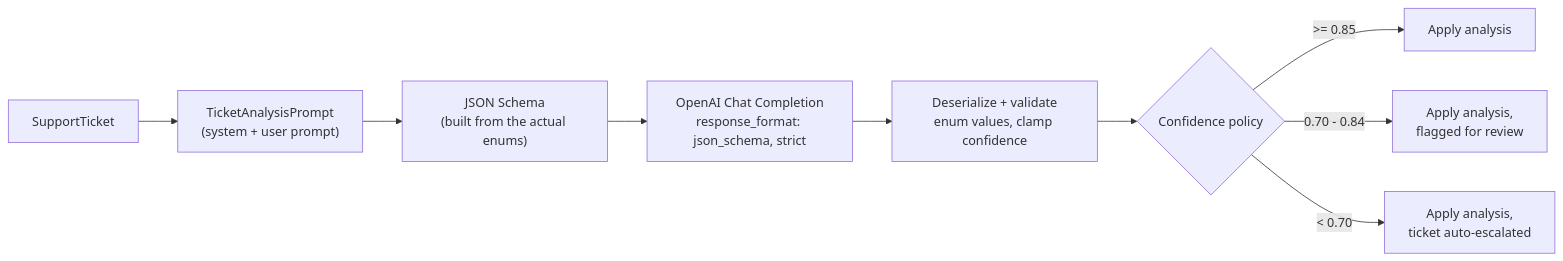
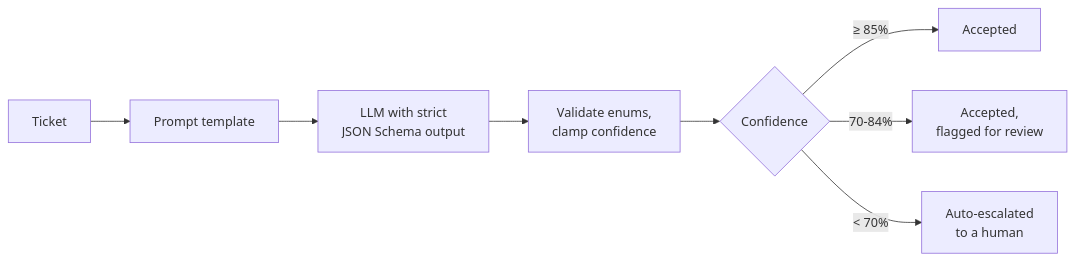
The third of 4 diagrams in README.md (sachinthacham/AI-Powered-Customer-Support), drawn with Mermaid before and after one commit. The commit also changed other lines of this file, not shown here.

````diff
--- a/README.md
+++ b/README.md
@@ -76,11 +135,10 @@
 ```mermaid
 flowchart LR
-    Ticket["SupportTicket"] --> Prompt["TicketAnalysisPrompt<br/>(system + user prompt)"]
-    Prompt --> Schema["JSON Schema<br/>(built from the actual enums)"]
-    Schema --> LLM["OpenAI Chat Completion<br/>response_format: json_schema, strict"]
-    LLM --> Parse["Deserialize + validate<br/>enum values, clamp confidence"]
-    Parse --> Policy{"Confidence policy"}
-    Policy -->|">= 0.85"| Accept["Apply analysis"]
-    Policy -->|"0.70 - 0.84"| Review["Apply analysis,<br/>flagged for review"]
-    Policy -->|"< 0.70"| Escalate["Apply analysis,<br/>ticket auto-escalated"]
+    Ticket["Ticket"] --> Prompt["Prompt template"]
+    Prompt --> LLM["LLM with strict<br/>JSON Schema output"]
+    LLM --> Validate["Validate enums,<br/>clamp confidence"]
+    Validate --> Policy{"Confidence"}
+    Policy -->|"≥ 85%"| Accept["Accepted"]
+    Policy -->|"70-84%"| Review["Accepted,<br/>flagged for review"]
+    Policy -->|"< 70%"| Escalate["Auto-escalated<br/>to a human"]
 ```
````
